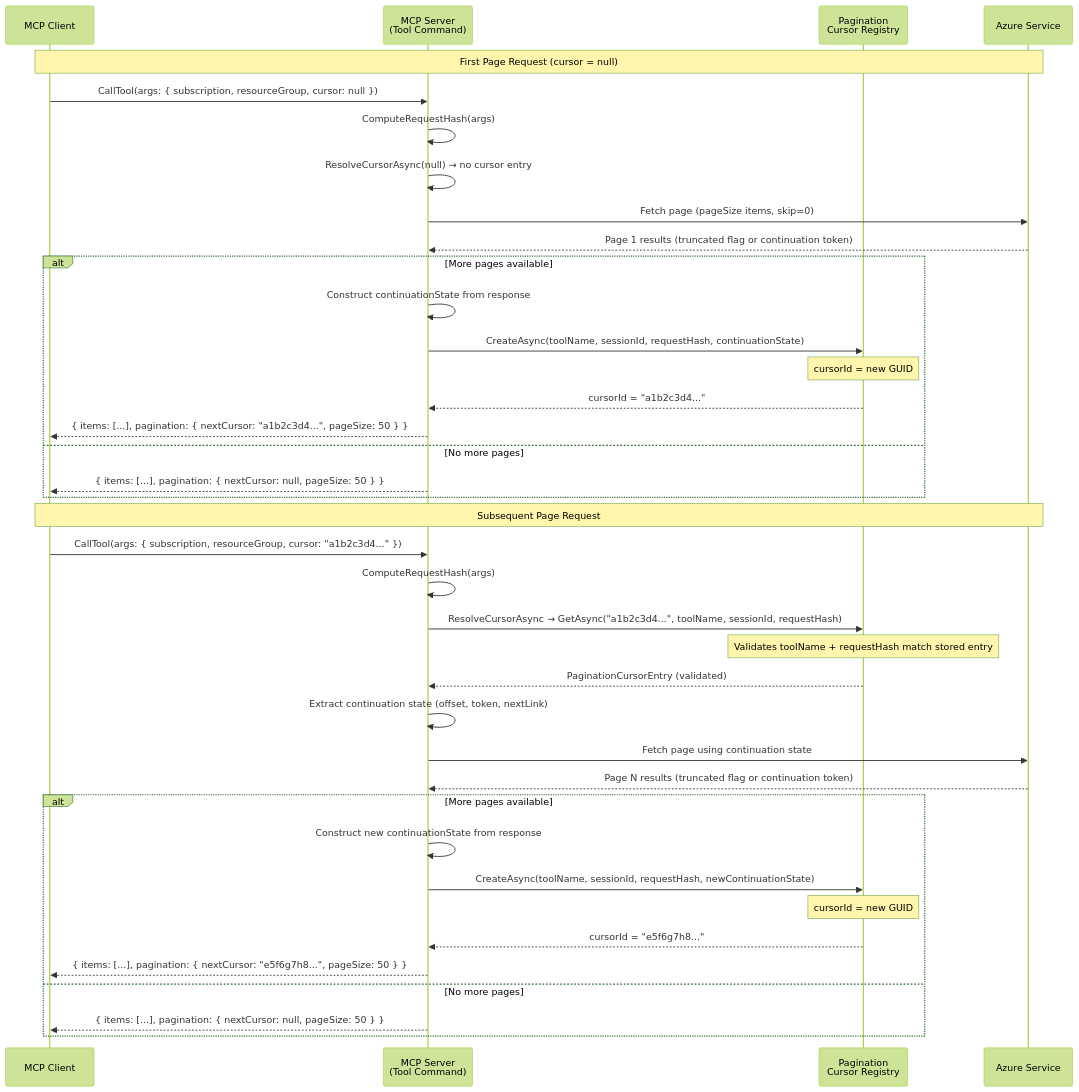
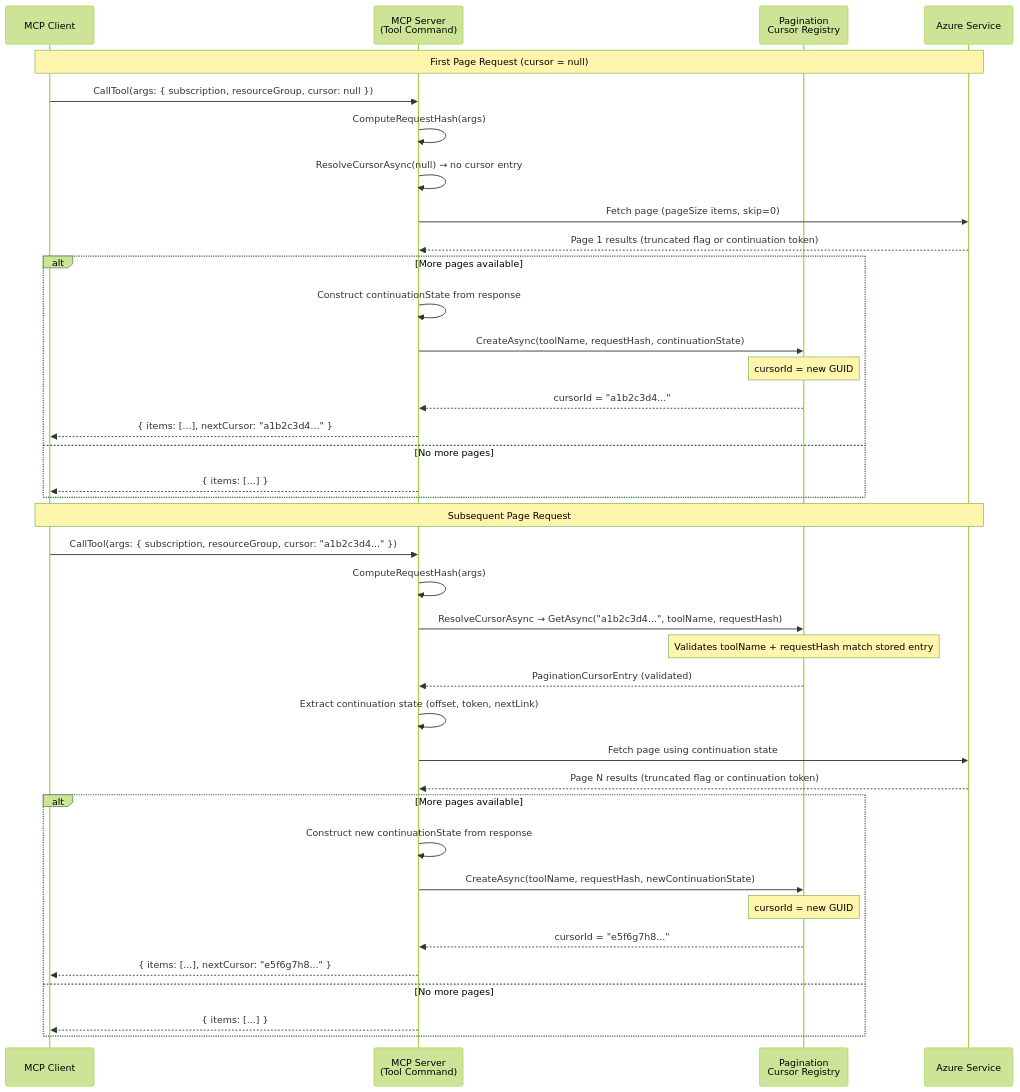
The first of 3 diagrams in docs/design/pagination.md (srnagar/mcp), drawn with Mermaid (forest theme) before and after one commit. The commit also changed other lines of this file and 12 other files, not shown here.

````diff
--- a/docs/design/pagination.md
+++ b/docs/design/pagination.md
@@ -49,42 +45,42 @@
 ```mermaid
 sequenceDiagram
     participant Client as MCP Client
     participant Server as MCP Server<br/>(Tool Command)
     participant Cache as Pagination<br/>Cursor Registry
     participant Azure as Azure Service
 
     Note over Client,Azure: First Page Request (cursor = null)
     Client->>Server: CallTool(args: { subscription, resourceGroup, cursor: null })
     Server->>Server: ComputeRequestHash(args)
     Server->>Server: ResolveCursorAsync(null) → no cursor entry
     Server->>Azure: Fetch page (pageSize items, skip=0)
     Azure-->>Server: Page 1 results (truncated flag or continuation token)
     alt More pages available
         Server->>Server: Construct continuationState from response
-        Server->>Cache: CreateAsync(toolName, sessionId, requestHash, continuationState)
+        Server->>Cache: CreateAsync(toolName, requestHash, continuationState)
         Note over Cache: cursorId = new GUID
         Cache-->>Server: cursorId = "a1b2c3d4..."
-        Server-->>Client: { items: [...], pagination: { nextCursor: "a1b2c3d4...", pageSize: 50 } }
+        Server-->>Client: { items: [...], nextCursor: "a1b2c3d4..." }
     else No more pages
-        Server-->>Client: { items: [...], pagination: { nextCursor: null, pageSize: 50 } }
+        Server-->>Client: { items: [...] }
     end
 
     Note over Client,Azure: Subsequent Page Request
     Client->>Server: CallTool(args: { subscription, resourceGroup, cursor: "a1b2c3d4..." })
     Server->>Server: ComputeRequestHash(args)
-    Server->>Cache: ResolveCursorAsync → GetAsync("a1b2c3d4...", toolName, sessionId, requestHash)
+    Server->>Cache: ResolveCursorAsync → GetAsync("a1b2c3d4...", toolName, requestHash)
     Note over Cache: Validates toolName + requestHash match stored entry
     Cache-->>Server: PaginationCursorEntry (validated)
     Server->>Server: Extract continuation state (offset, token, nextLink)
     Server->>Azure: Fetch page using continuation state
     Azure-->>Server: Page N results (truncated flag or continuation token)
     alt More pages available
         Server->>Server: Construct new continuationState from response
-        Server->>Cache: CreateAsync(toolName, sessionId, requestHash, newContinuationState)
+        Server->>Cache: CreateAsync(toolName, requestHash, newContinuationState)
         Note over Cache: cursorId = new GUID
         Cache-->>Server: cursorId = "e5f6g7h8..."
-        Server-->>Client: { items: [...], pagination: { nextCursor: "e5f6g7h8...", pageSize: 50 } }
+        Server-->>Client: { items: [...], nextCursor: "e5f6g7h8..." }
     else No more pages
-        Server-->>Client: { items: [...], pagination: { nextCursor: null, pageSize: 50 } }
+        Server-->>Client: { items: [...] }
     end
 ```
````
